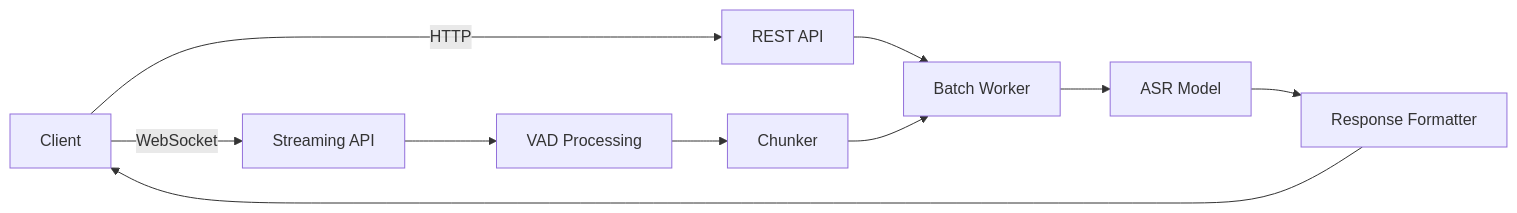
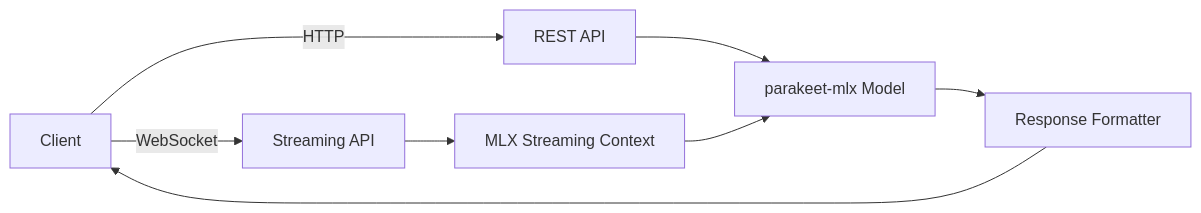
Before and after one commit to yashhere/parakeet-mlx-fastapi: the diagram in README.md, drawn with Mermaid. The commit also changed other lines of this file and 10 other files, not shown here.

````diff
--- a/README.md
+++ b/README.md
@@ -176,12 +187,10 @@
 ```mermaid
 graph LR
 A[Client] -->|HTTP| B[REST API]
 A -->|WebSocket| C[Streaming API]
-B --> D[Batch Worker]
-C --> E[VAD Processing]
-E --> F[Chunker]
-F --> D
-D --> G[ASR Model]
-G --> H[Response Formatter]
-H --> A
+B --> D[parakeet-mlx Model]
+C --> E[MLX Streaming Context]
+E --> D
+D --> F[Response Formatter]
+F --> A
 ```
````
